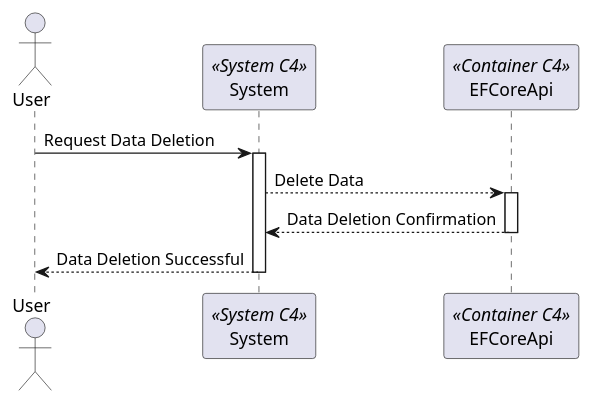
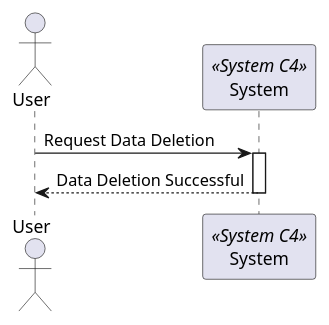
The diagram in docs/sprint_1/global_artifacts/arquitecture/Level_1/process_views/process_view_n1_4.puml (BernasDzn/portit), drawn with PlantUML before and after one commit. The commit also changed 17 other files, not shown here.

```diff
--- a/docs/sprint_1/global_artifacts/arquitecture/Level_1/process_views/process_view_n1_4.puml
+++ b/docs/sprint_1/global_artifacts/arquitecture/Level_1/process_views/process_view_n1_4.puml
@@ -1,15 +1,10 @@
 @startuml processview_n1
 Actor "User" as user
 Participant "System" as System <<System C4>>
-Participant "EFCoreApi" as EFCoreApi <<Container C4>>
 
 user -> System: Request Data Deletion
 
 activate System
-    System --> EFCoreApi: Delete Data
-    activate EFCoreApi
-    System <-- EFCoreApi: Data Deletion Confirmation
-    deactivate EFCoreApi
     user <-- System: Data Deletion Successful
 deactivate System
 @enduml
```
